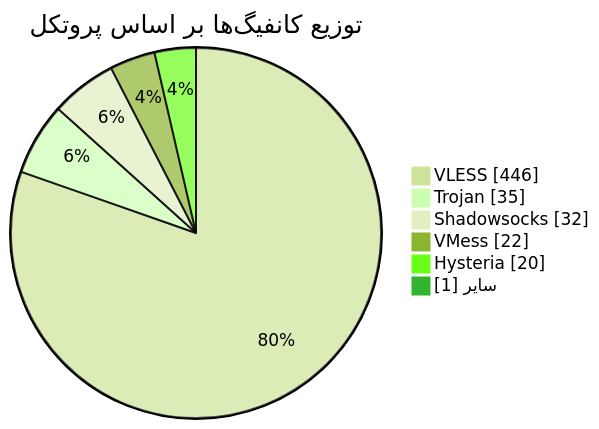
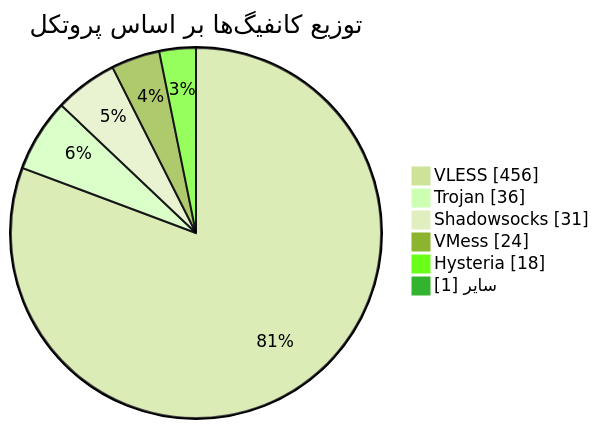
One commit to Arian-Alijani/Somthing changed the diagram in README.md. Above: the diagram before and after it, drawn with Mermaid (forest theme). The commit also changed other lines of this file and 73 other files, not shown here.

````diff
--- a/README.md
+++ b/README.md
@@ -48,10 +48,10 @@
 ```mermaid
 pie showData
     title توزیع کانفیگ‌ها بر اساس پروتکل
-    "VLESS" : 446
-    "Trojan" : 35
-    "Shadowsocks" : 32
-    "VMess" : 22
-    "Hysteria" : 20
+    "VLESS" : 456
+    "Trojan" : 36
+    "Shadowsocks" : 31
+    "VMess" : 24
+    "Hysteria" : 18
     "سایر" : 1
 ```
````
